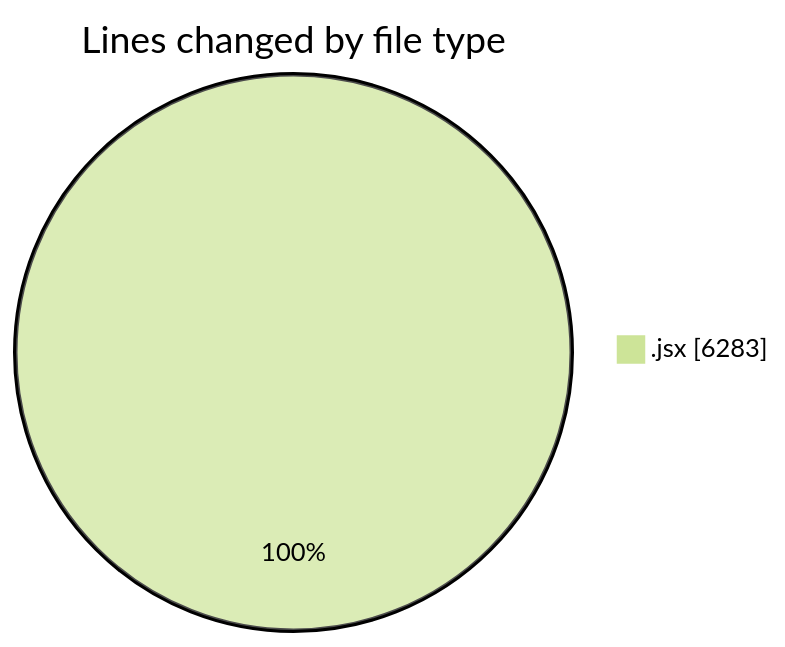
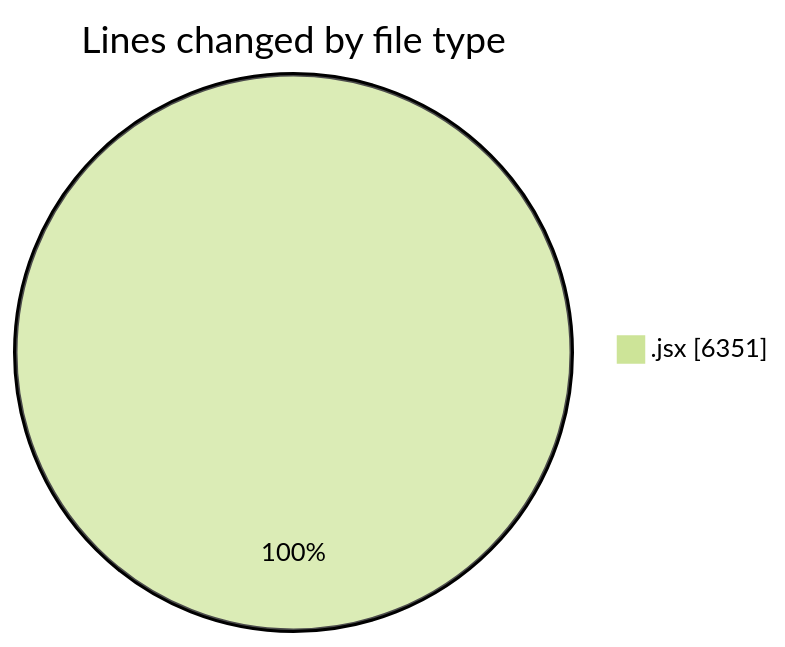
The first of 2 diagrams in 2025-09-09/nxtqube_webapp/README.md (nxtqubesakshisongat/code-tracking), drawn with Mermaid (forest theme) before and after one commit. The commit also changed other lines of this file and 1 other file, not shown here.

````diff
--- a/2025-09-09/nxtqube_webapp/README.md
+++ b/2025-09-09/nxtqube_webapp/README.md
@@ -22,5 +22,5 @@
 ```mermaid
 pie showData
 title Lines changed by file type
-".jsx" : 6283
+".jsx" : 6351
 ```
````
